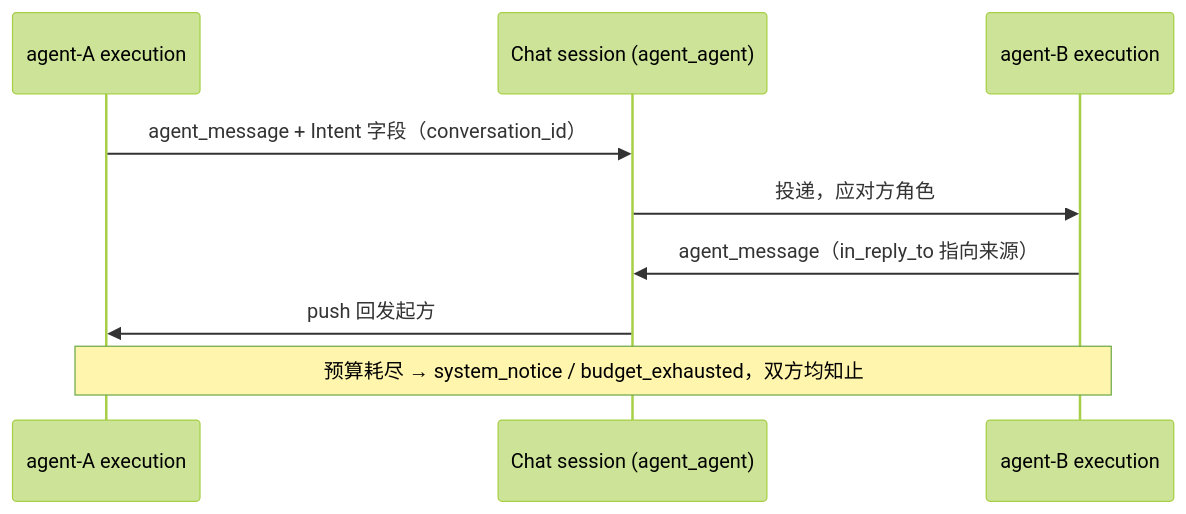
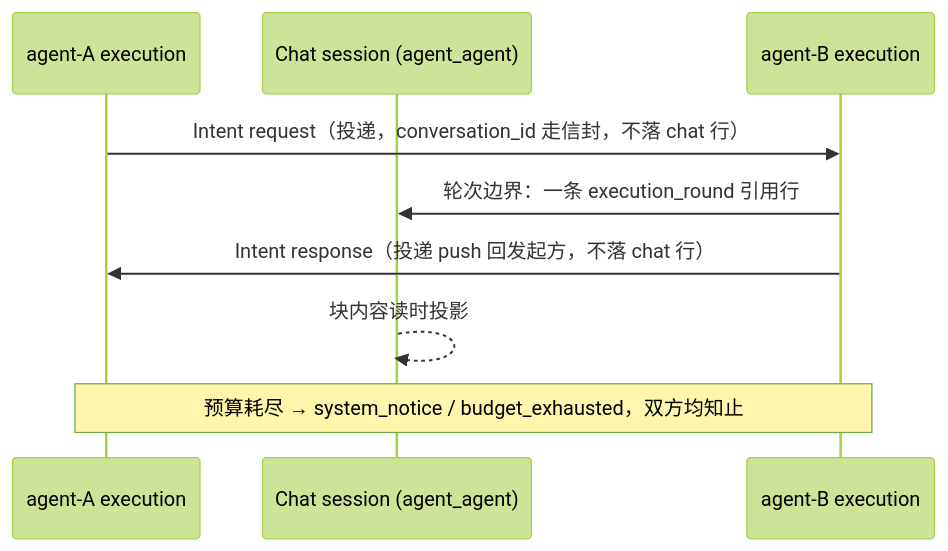
Before and after one commit to acowork/acowork: the eighth of 10 diagrams in docs/design/zh/27-intent-messaging-and-group-chat.md, drawn with Mermaid (forest theme). The commit also changed other lines of this file and 3 other files, not shown here.

````diff
--- a/docs/design/zh/27-intent-messaging-and-group-chat.md
+++ b/docs/design/zh/27-intent-messaging-and-group-chat.md
@@ -588,11 +590,11 @@
 ```mermaid
 sequenceDiagram
     participant AX as agent-A execution
     participant CS as Chat session (agent_agent)
     participant BY as agent-B execution
-    AX->>CS: agent_message + Intent 字段（conversation_id）
-    CS->>BY: 投递，应对方角色
-    BY->>CS: agent_message（in_reply_to 指向来源）
-    CS->>AX: push 回发起方
+    AX->>BY: Intent request（投递，conversation_id 走信封，不落 chat 行）
+    BY->>CS: 轮次边界：一条 execution_round 引用行
+    BY->>AX: Intent response（投递 push 回发起方，不落 chat 行）
+    CS-->>CS: 块内容读时投影
     Note over AX,BY: 预算耗尽 → system_notice / budget_exhausted，双方均知止
 ```
````
